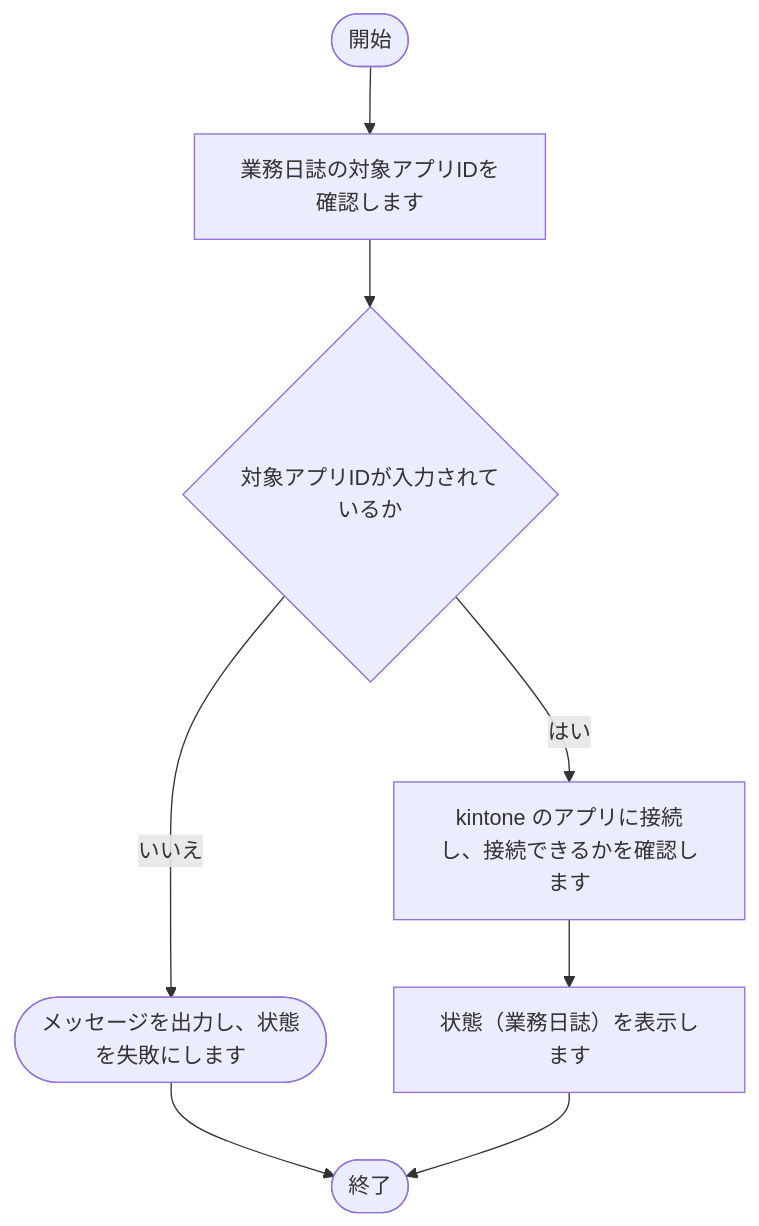
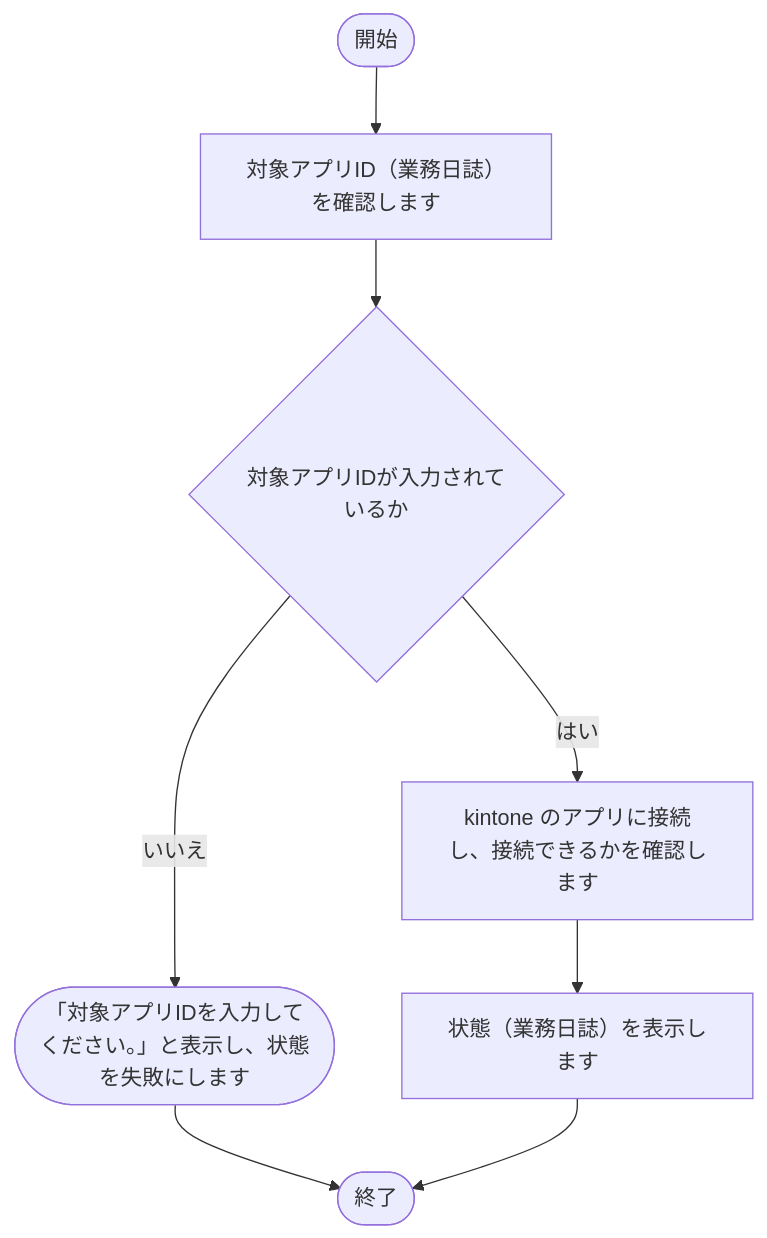
One commit to nishida2073/project_management changed diagram 18 of 25 in tool/kintone-aggregator/doc/02_設計/処理フロー.md. Above: the diagram before and after it, drawn with Mermaid. The commit also changed other lines of this file and 35 other files, not shown here.

````diff
--- a/tool/kintone-aggregator/doc/02_設計/処理フロー.md
+++ b/tool/kintone-aggregator/doc/02_設計/処理フロー.md
@@ -461,17 +474,17 @@
 ```mermaid
 flowchart TD
     S(["開始"])
     E(["終了"])
-    N1["業務日誌の対象アプリIDを確認します"]
+    N1["対象アプリID（業務日誌）を確認します"]
     S --> N1
     N2{"対象アプリIDが入力されているか"}
-    X2(["メッセージを出力し、状態を失敗にします"])
+    X2(["「対象アプリIDを入力してください。」と表示し、状態を失敗にします"])
     X2 --> E
     N2 -- いいえ --> X2
     N1 --> N2
     N3["kintone のアプリに接続し、接続できるかを確認します"]
     N2 -- はい --> N3
     N4["状態（業務日誌）を表示します"]
     N3 --> N4
     N4 --> E
 ```
````
